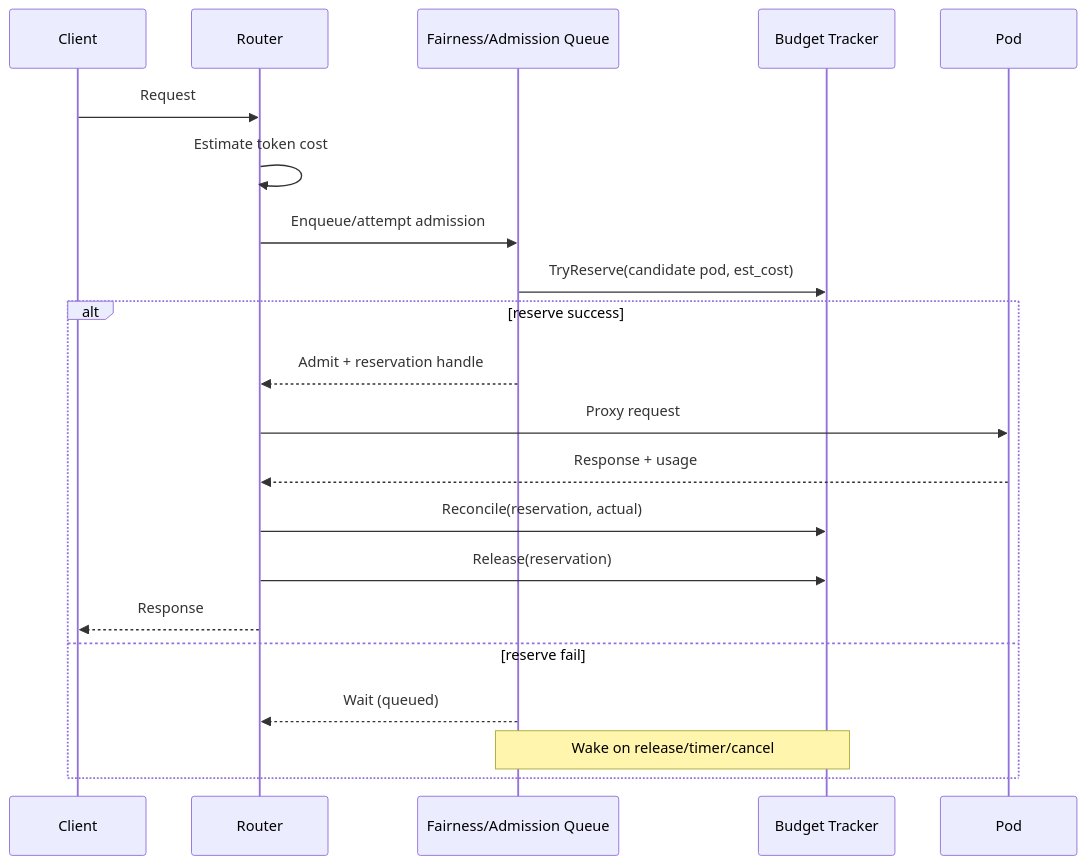
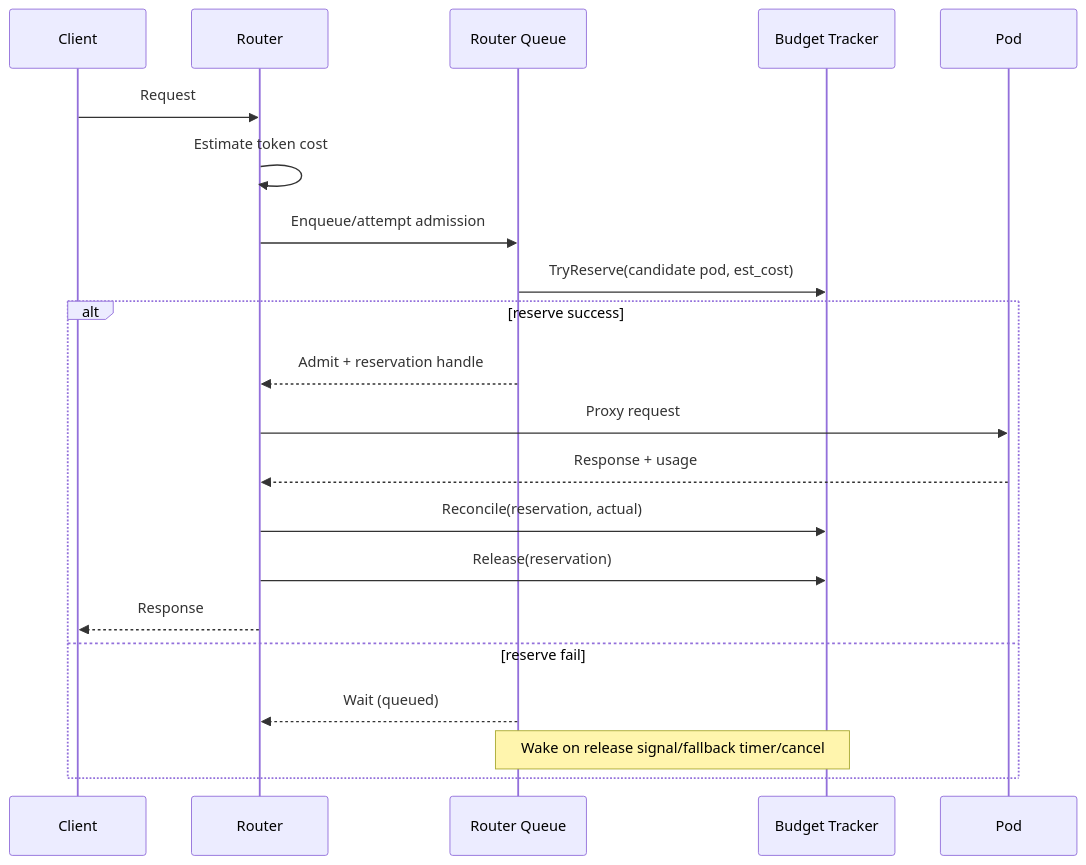
The second of 2 diagrams in docs/proposal/cost-aware-request-queuing.md (volcano-sh/kthena), drawn with Mermaid before and after one commit. The commit also changed other lines of this file, not shown here.

````diff
--- a/docs/proposal/cost-aware-request-queuing.md
+++ b/docs/proposal/cost-aware-request-queuing.md
@@ -237,24 +288,24 @@
 ```mermaid
 sequenceDiagram
   participant C as Client
   participant R as Router
-  participant Q as Fairness/Admission Queue
+  participant Q as Router Queue
   participant B as Budget Tracker
   participant P as Pod
 
   C->>R: Request
   R->>R: Estimate token cost
   R->>Q: Enqueue/attempt admission
   Q->>B: TryReserve(candidate pod, est_cost)
   alt reserve success
     Q-->>R: Admit + reservation handle
     R->>P: Proxy request
     P-->>R: Response + usage
     R->>B: Reconcile(reservation, actual)
     R->>B: Release(reservation)
     R-->>C: Response
   else reserve fail
     Q-->>R: Wait (queued)
-    Note over Q,B: Wake on release/timer/cancel
+    Note over Q,B: Wake on release signal/fallback timer/cancel
   end
 ```
````
